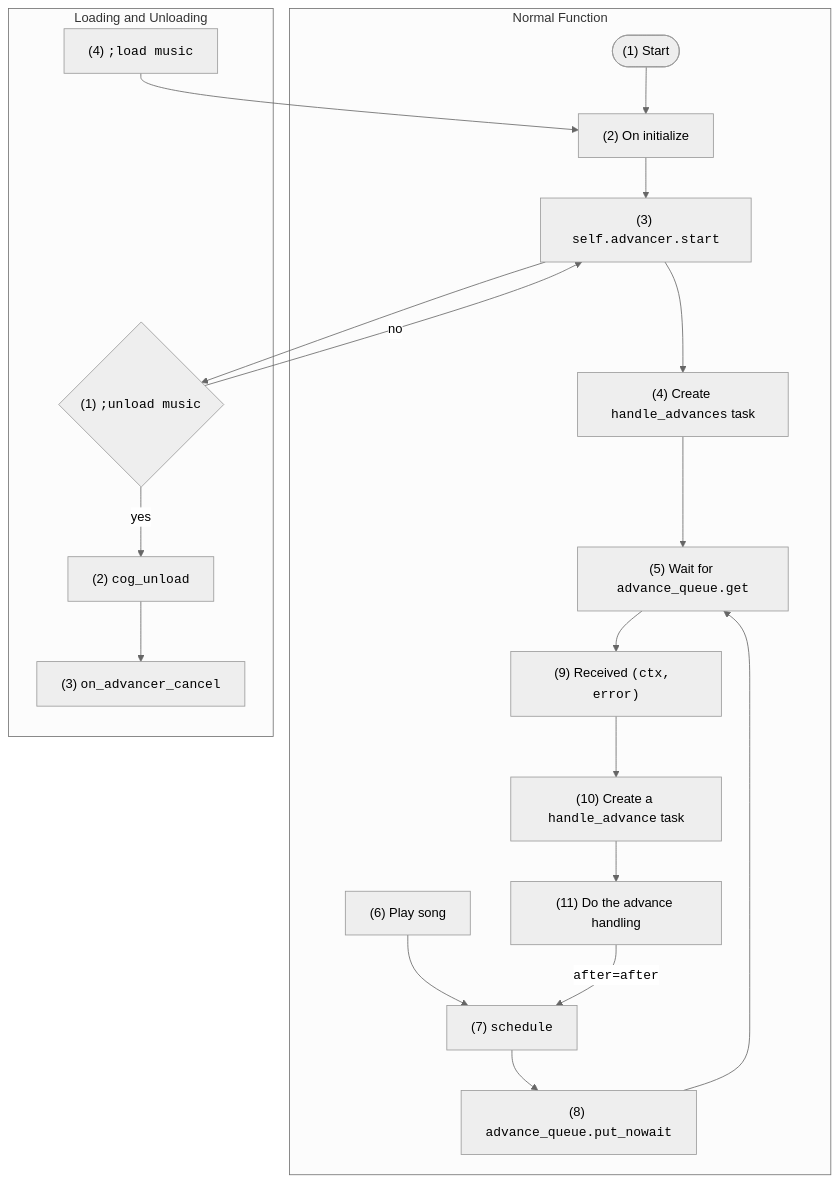
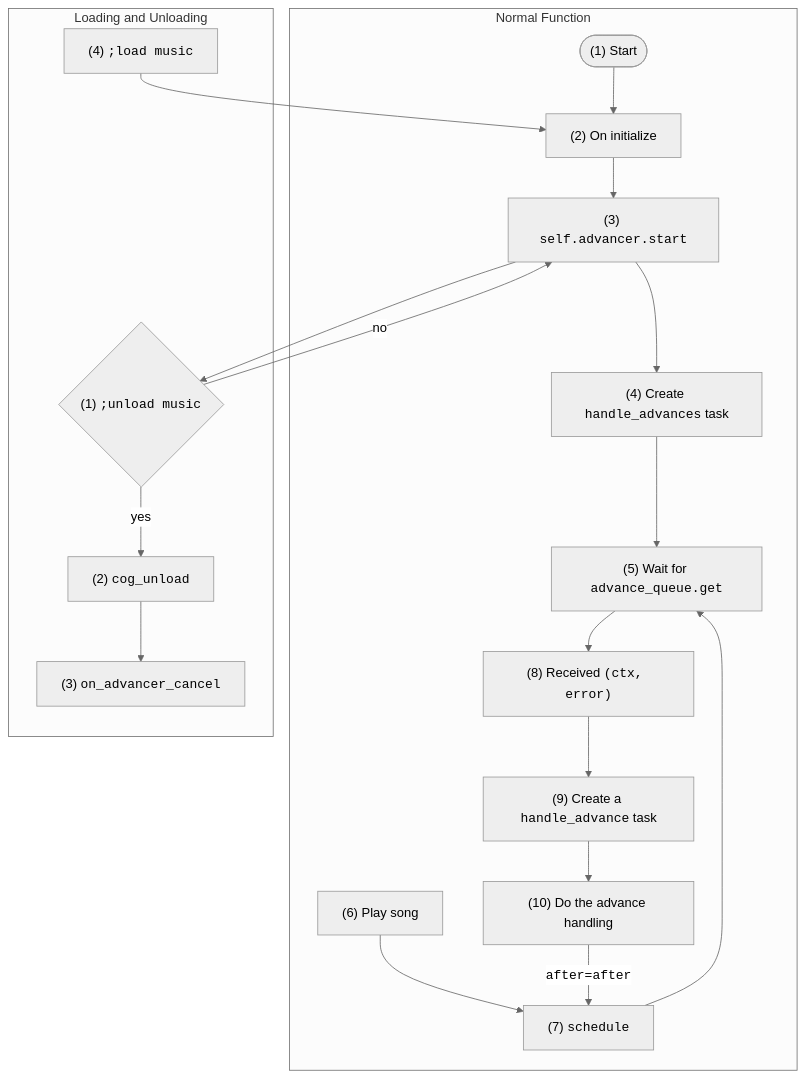
Before and after one commit to Togohogo1-Archive/joshgone-music: the diagram in docs/jgmusic.md, drawn with Mermaid (neutral theme). The commit also changed other lines of this file, not shown here.

````diff
--- a/docs/jgmusic.md
+++ b/docs/jgmusic.md
@@ -16,23 +16,22 @@
 ```mermaid
 graph TD
     subgraph "Normal Function"
     Z(["(1) Start"]) --> A["(2) On initialize"];
     A --> B["(3) <code>self.advancer.start</code>"];
     B --> C["(4) Create <code>handle_advances</code> task"];
     C --> G["(5) Wait for <code>advance_queue.get</code>"]
     D["(6) Play song"] --> E["(7) <code>schedule</code>"];
-    E --> F["(8) <code>advance_queue.put_nowait</code>"];
-    F --> G
-    G --> H["(9) Received <code>(ctx, error)</code>"];
-    H --> I["(10) Create a <code>handle_advance</code> task"];
-    I --> J["(11) Do the advance handling"];
+    E --> G
+    G --> H["(8) Received <code>(ctx, error)</code>"];
+    H --> I["(9) Create a <code>handle_advance</code> task"];
+    I --> J["(10) Do the advance handling"];
     J -->|"<code>after=after<code>"| E;
     end
     subgraph "Loading and Unloading"
     B --> a{"(1) <code>;unload music</code>"};
     a -->|no| B;
     a -->|yes| b["(2) <code>cog_unload</code>"];
     b --> d["(3) <code>on_advancer_cancel</code>"];
     c["(4) <code>;load music</code>"] --> A;
     end
 ```
````
